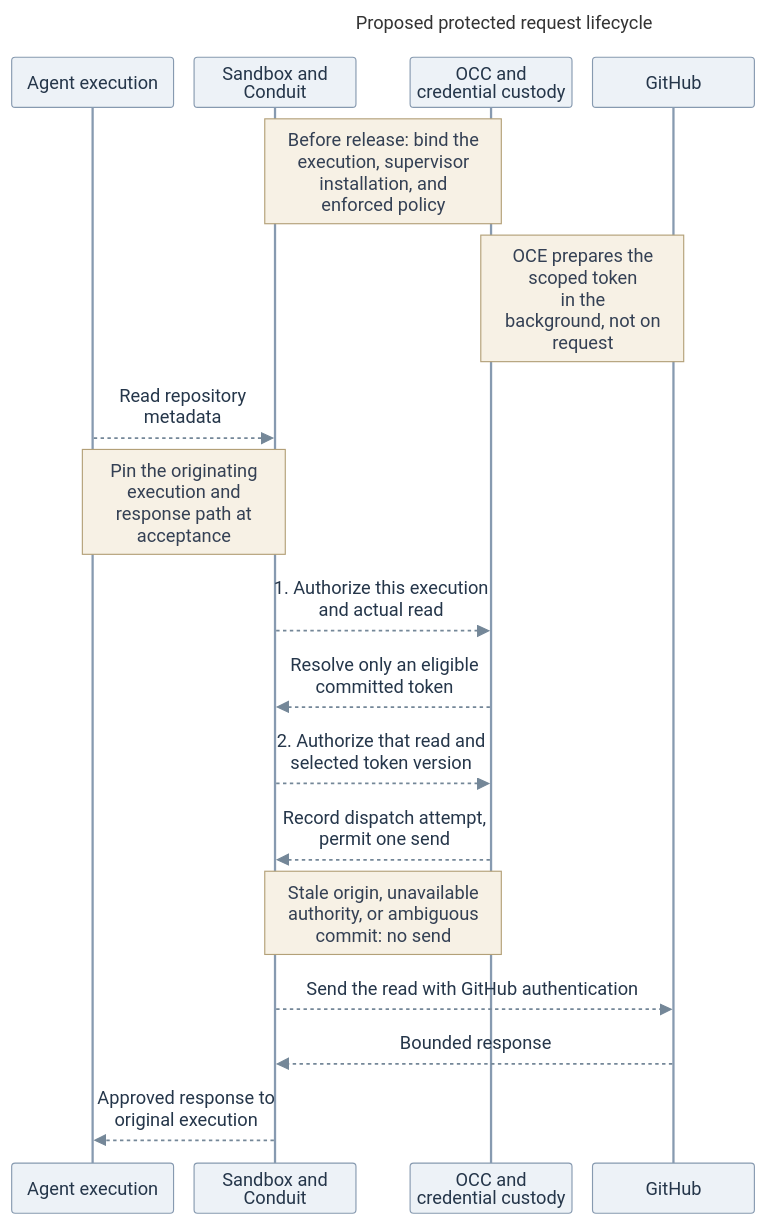
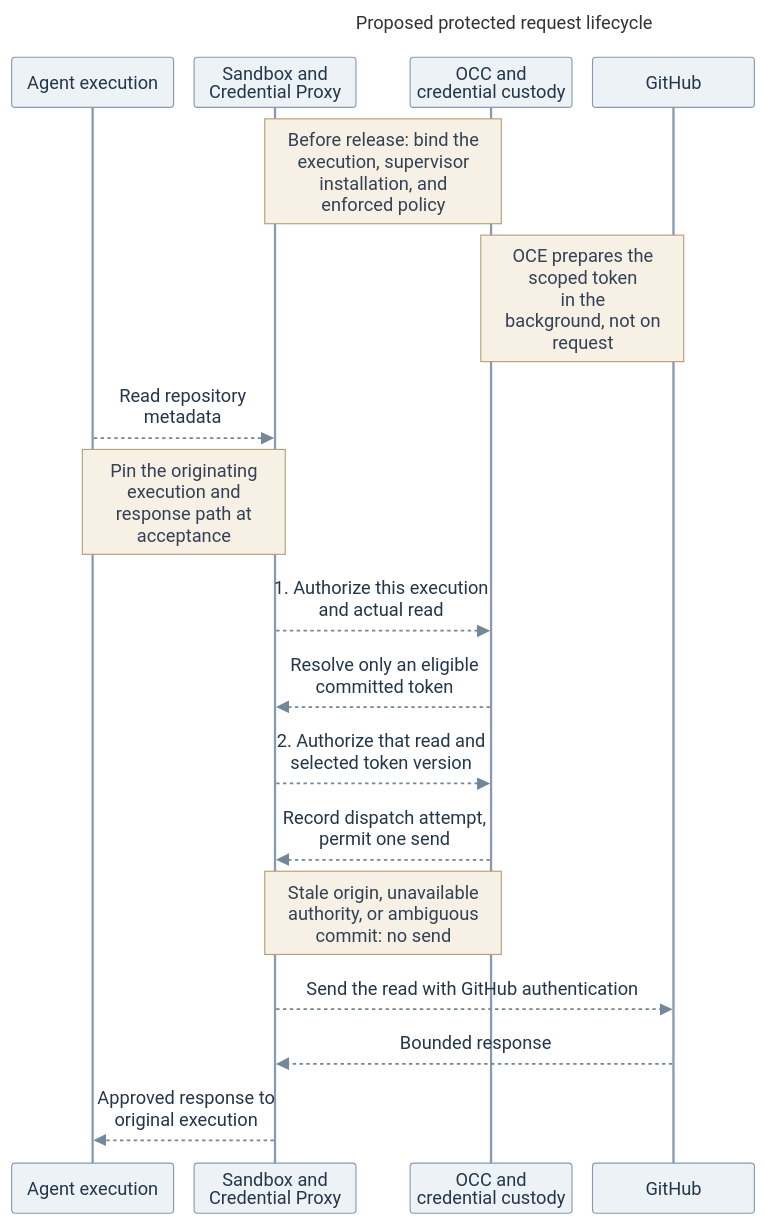
Before and after one commit to anmol0b/openclaw-enterprise: the diagram in specs/rfcs/0021-egress-proxy-credential-lifecycle/assets/request-lifecycle.mmd, drawn with Mermaid. The commit also changed 9 other files, not shown here.

Commit message:
Name the protected provider capability Credential Proxy in RFC-0021

```diff
--- a/specs/rfcs/0021-egress-proxy-credential-lifecycle/assets/request-lifecycle.mmd
+++ b/specs/rfcs/0021-egress-proxy-credential-lifecycle/assets/request-lifecycle.mmd
@@ -1,48 +1,48 @@
 ---
 title: "Proposed protected request lifecycle"
 config:
   theme: base
   htmlLabels: true
   themeVariables:
     fontFamily: "Arial, sans-serif"
     fontSize: "16px"
     actorBkg: "#EDF2F7"
     actorBorder: "#879AB0"
     actorTextColor: "#25364A"
     noteBkgColor: "#F7F1E5"
     noteBorderColor: "#B3A078"
     noteTextColor: "#344054"
     signalColor: "#748798"
     signalTextColor: "#25364A"
   sequence:
     useMaxWidth: false
     actorMargin: 18
     width: 142
     height: 44
     diagramMarginX: 12
     diagramMarginY: 12
     messageMargin: 16
     noteMargin: 8
     mirrorActors: true
     wrap: true
 ---
 sequenceDiagram
   participant A as Agent execution
-  participant F as Sandbox and<br/>Conduit
+  participant F as Sandbox and<br/>Credential Proxy
   participant C as OCC and<br/>credential custody
   participant G as GitHub
 
   Note over F,C: Before release: bind the execution, supervisor<br/>installation, and enforced policy
   Note over C,G: OCE prepares the scoped token<br/>in the background, not on request
 
   A-->>F: Read repository metadata
   Note over A,F: Pin the originating execution and response path at acceptance
   F-->>C: 1. Authorize this execution and actual read
   C-->>F: Resolve only an eligible committed token
   F-->>C: 2. Authorize that read and selected token version
   C-->>F: Record dispatch attempt, permit one send
   Note over F,C: Stale origin, unavailable authority, or ambiguous commit: no send
 
   F-->>G: Send the read with GitHub authentication
   G-->>F: Bounded response
   F-->>A: Approved response to original execution
```
